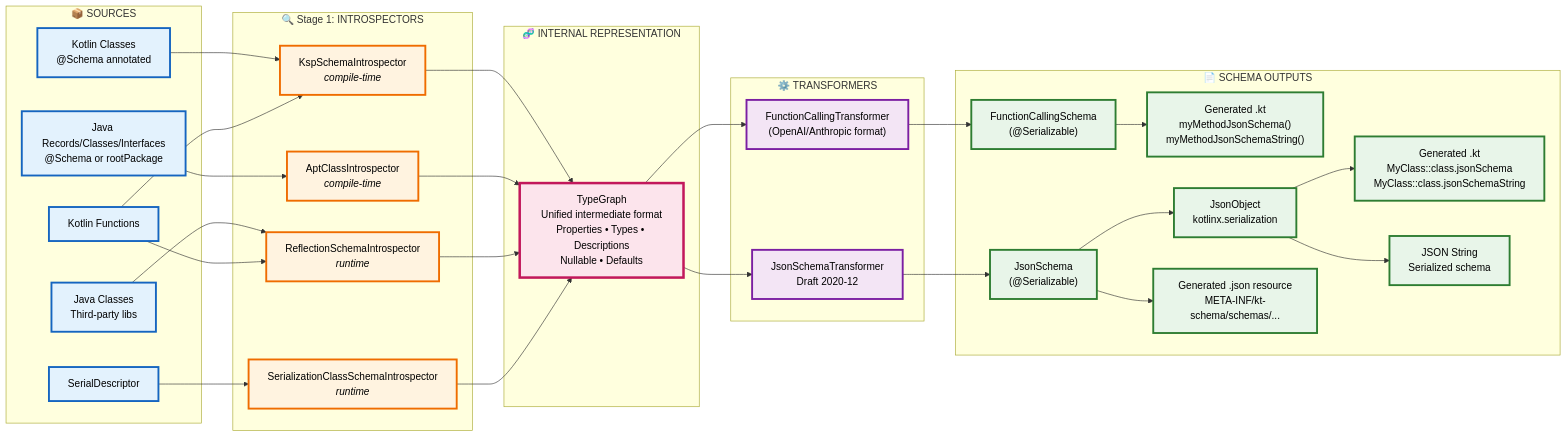
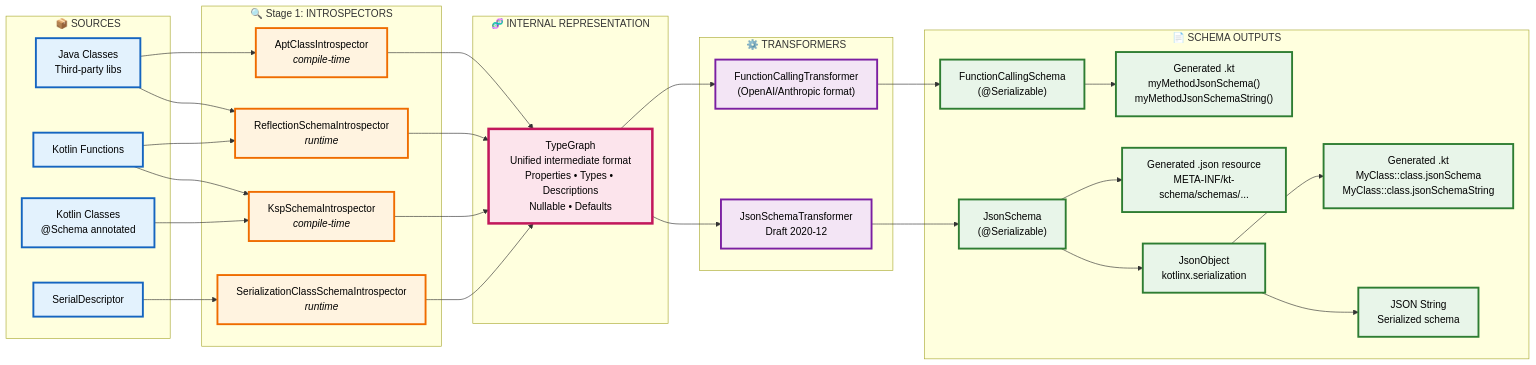
Before and after one commit to kpavlov/kt-schema: the first of 3 diagrams in docs/architecture.md, drawn with Mermaid. The commit also changed other lines of this file and 12 other files, not shown here.

````diff
--- a/docs/architecture.md
+++ b/docs/architecture.md
@@ -22,71 +22,70 @@
 ```mermaid
 graph LR
     subgraph Sources["📦 SOURCES"]
+        Java["Java Classes<br/>Third-party libs"]
+        Functions["Kotlin Functions"]
         Kotlin["Kotlin Classes<br/>@Schema annotated"]
         KSerializer["SerialDescriptor"]
-        Java["Java Classes<br/>Third-party libs"]
-        JavaApt["Java Records/Classes/Interfaces<br/>@Schema or rootPackage"]
-        Functions["Kotlin Functions"]
     end
 
     subgraph Introspectors["🔍 Stage 1: INTROSPECTORS"]
         KSP["KspSchemaIntrospector<br/><i>compile-time</i>"]
+        Serialization["SerializationClassSchemaIntrospector<br/><i>runtime</i>"]
         Apt["AptClassIntrospector<br/><i>compile-time</i>"]
         Reflect["ReflectionSchemaIntrospector<br/><i>runtime</i>"]
-        Serialization["SerializationClassSchemaIntrospector<br/><i>runtime</i>"]
     end
 
     subgraph IR["🧬 INTERNAL REPRESENTATION"]
         TypeGraph["TypeGraph<br/>Unified intermediate format<br/>Properties • Types • Descriptions<br/>Nullable • Defaults"]
     end
 
     subgraph Transformers["⚙️ TRANSFORMERS"]
         JsonTransform["JsonSchemaTransformer<br/>Draft 2020-12"]
         FuncTransform["FunctionCallingTransformer<br/>(OpenAI/Anthropic format)"]
     end
 
     subgraph Output["📄 SCHEMA OUTPUTS"]
         KtClass["Generated .kt<br/>MyClass::class.jsonSchema<br/>MyClass::class.jsonSchemaString"]
         KtFunc["Generated .kt<br/>myMethodJsonSchema()<br/>myMethodJsonSchemaString()"]
         JsonSchema["JsonSchema<br/>(@Serializable)"]
         JsonObj["JsonObject<br/>kotlinx.serialization"]
         JsonStr["JSON String<br/>Serialized schema"]
         AptResource["Generated .json resource<br/>META-INF/kt-schema/schemas/..."]
         FuncSchema["FunctionCallingSchema<br/>(@Serializable)"]
     end
 
     Kotlin --> KSP
     KSerializer --> Serialization
     Java --> Reflect
-    JavaApt --> Apt
+    Java --> Apt
     Functions --> KSP
     Functions --> Reflect
 
     KSP --> TypeGraph
     Apt --> TypeGraph
     Reflect --> TypeGraph
     Serialization --> TypeGraph
 
     TypeGraph --> JsonTransform
     TypeGraph --> FuncTransform
 
     JsonTransform --> JsonSchema
     FuncTransform --> FuncSchema
     JsonSchema --> JsonObj
     JsonSchema --> AptResource
     FuncSchema --> KtFunc
     JsonObj --> JsonStr
     JsonObj --> KtClass
 
     classDef sourceStyle fill:#e3f2fd,stroke:#1565c0,stroke-width:3px,color:#000
     classDef introspectorStyle fill:#fff3e0,stroke:#ef6c00,stroke-width:3px,color:#000
     classDef irStyle fill:#fce4ec,stroke:#c2185b,stroke-width:4px,color:#000
     classDef transformStyle fill:#f3e5f5,stroke:#7b1fa2,stroke-width:3px,color:#000
     classDef outputStyle fill:#e8f5e9,stroke:#2e7d32,stroke-width:3px,color:#000
 
     class Kotlin,Java,JavaApt,Functions,KSerializer sourceStyle
     class KSP,Apt,Reflect,Serialization introspectorStyle
     class TypeGraph irStyle
     class JsonTransform,FuncTransform transformStyle
     class KtClass,KtFunc,JsonSchema,FuncSchema,JsonObj,JsonStr,AptResource outputStyle
 ```
````
